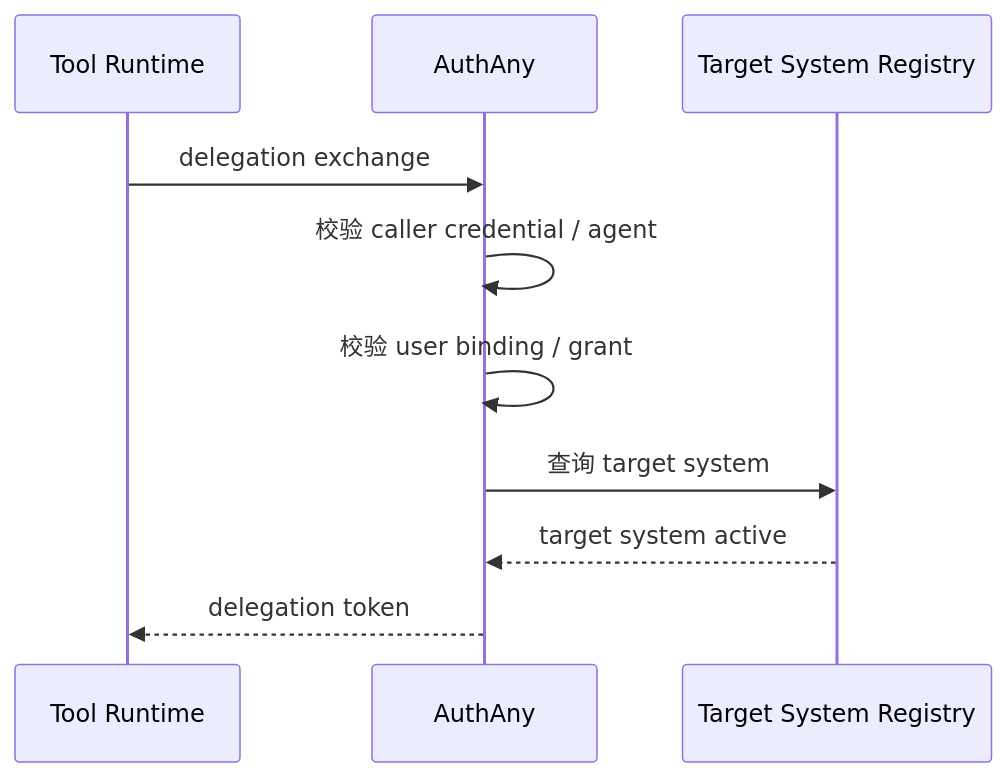
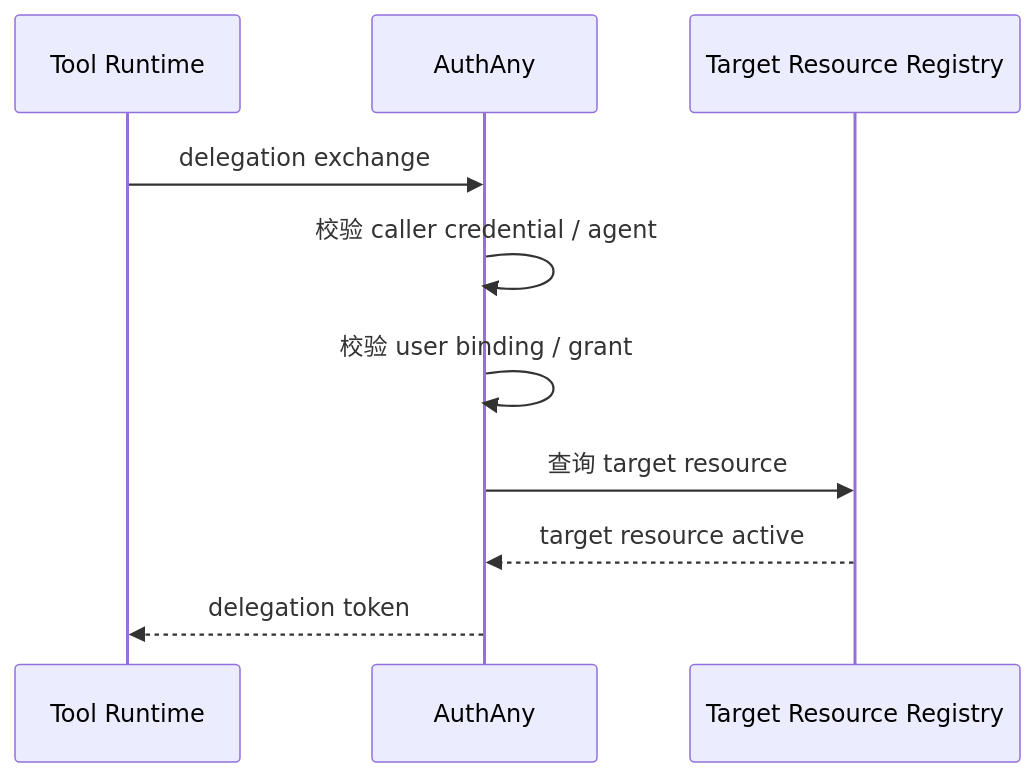
One commit to renxqoo/Authany changed the third of 3 diagrams in demand/03-oauth-core.md. Above: the diagram before and after it, drawn with Mermaid. The commit also changed other lines of this file and 310 other files, not shown here.

Commit message:
feat: harden security flows and reorganize example apps

````diff
--- a/demand/03-oauth-core.md
+++ b/demand/03-oauth-core.md
@@ -294,13 +294,13 @@
 ```mermaid
 sequenceDiagram
     participant R as Tool Runtime
     participant A as AuthAny
-    participant T as Target System Registry
+    participant T as Target Resource Registry
 
     R->>A: delegation exchange
     A->>A: 校验 caller credential / agent
     A->>A: 校验 user binding / grant
-    A->>T: 查询 target system
-    T-->>A: target system active
+    A->>T: 查询 target resource
+    T-->>A: target resource active
     A-->>R: delegation token
 ```
````
